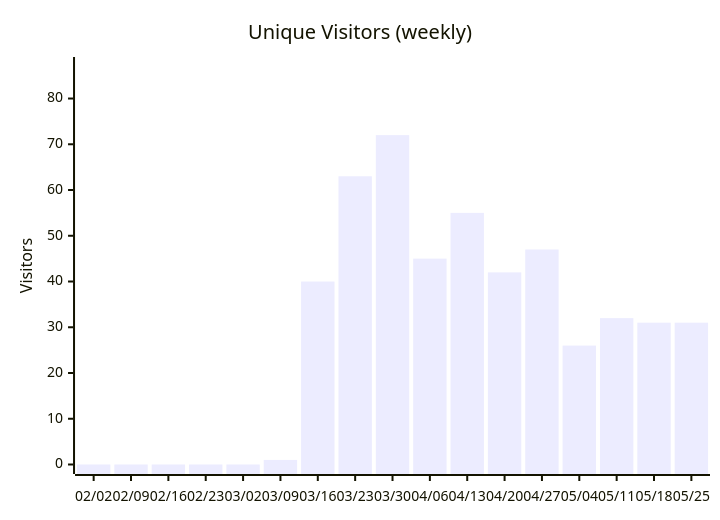
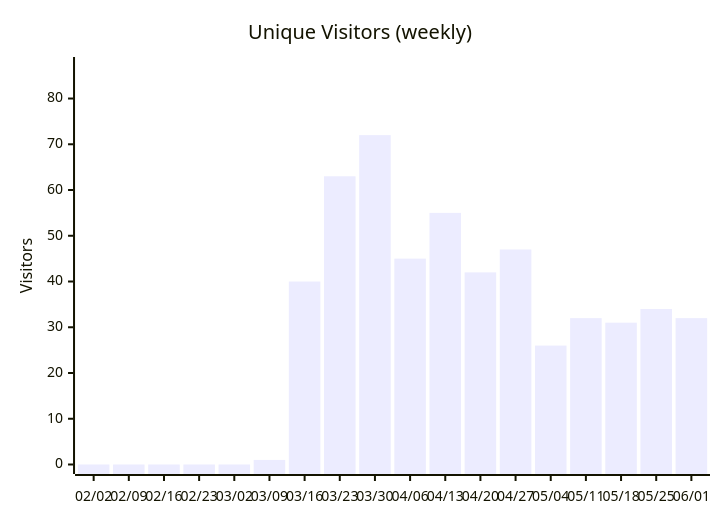
One commit to nablarch/nabledge-dev changed diagram 13 of 14 in docs/metrics.md. Above: the diagram before and after it, drawn with Mermaid. The commit also changed other lines of this file and 2 other files, not shown here.

````diff
--- a/docs/metrics.md
+++ b/docs/metrics.md
@@ -169,7 +169,7 @@
 ```mermaid
 xychart-beta
   title "Unique Visitors (weekly)"
-  x-axis ["02/02", "02/09", "02/16", "02/23", "03/02", "03/09", "03/16", "03/23", "03/30", "04/06", "04/13", "04/20", "04/27", "05/04", "05/11", "05/18", "05/25"]
+  x-axis ["02/02", "02/09", "02/16", "02/23", "03/02", "03/09", "03/16", "03/23", "03/30", "04/06", "04/13", "04/20", "04/27", "05/04", "05/11", "05/18", "05/25", "06/01"]
   y-axis "Visitors" 0 --> 87
-  bar [0, 0, 0, 0, 0, 1, 40, 63, 72, 45, 55, 42, 47, 26, 32, 31, 31]
+  bar [0, 0, 0, 0, 0, 1, 40, 63, 72, 45, 55, 42, 47, 26, 32, 31, 34, 32]
 ```
````
